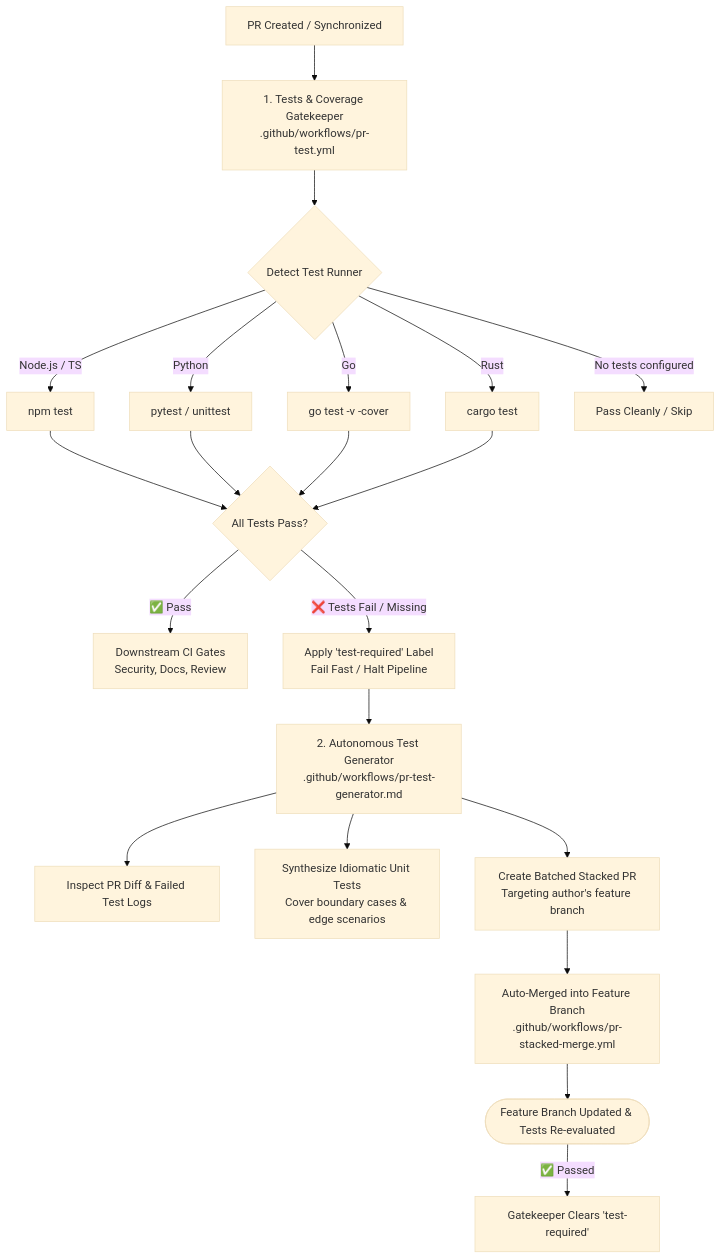
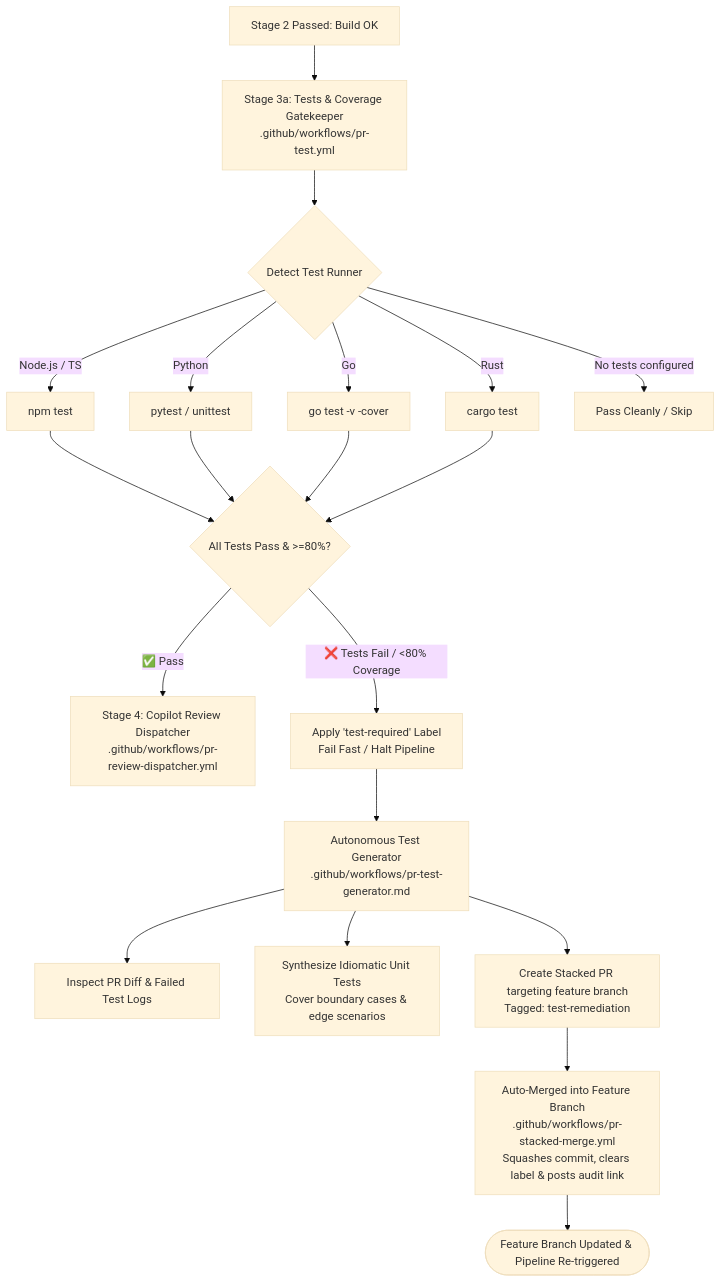
One commit to SitoaderOrg/ForgeFlow changed the diagram in docs/pr-test-and-generator.md. Above: the diagram before and after it, drawn with Mermaid (base theme). The commit also changed 9 other files, not shown here.

First line of the commit message:
docs: align architecture overviews and mermaid diagrams with staged orchestrator pipeline

````diff
--- a/docs/pr-test-and-generator.md
+++ b/docs/pr-test-and-generator.md
@@ -9,28 +9,27 @@
 ```mermaid
 flowchart TD
-    PR[PR Created / Synchronized] --> TestGate[1. Tests & Coverage Gatekeeper\n.github/workflows/pr-test.yml]
+    BuildPass[Stage 2 Passed: Build OK] --> TestGate[Stage 3a: Tests & Coverage Gatekeeper\n.github/workflows/pr-test.yml]
     
     TestGate --> PolyglotDetect{Detect Test Runner}
     PolyglotDetect -->|Node.js / TS| RunNpm[npm test]
     PolyglotDetect -->|Python| RunPytest[pytest / unittest]
     PolyglotDetect -->|Go| RunGo[go test -v -cover]
     PolyglotDetect -->|Rust| RunCargo[cargo test]
     PolyglotDetect -->|No tests configured| PassClean[Pass Cleanly / Skip]
 
-    RunNpm --> StatusCheck{All Tests Pass?}
+    RunNpm --> StatusCheck{All Tests Pass & >=80%?}
     RunPytest --> StatusCheck
     RunGo --> StatusCheck
     RunCargo --> StatusCheck
 
-    StatusCheck -->|✅ Pass| NextGate[Downstream CI Gates\nSecurity, Docs, Review]
-    StatusCheck -->|❌ Tests Fail / Missing| AddLabel[Apply 'test-required' Label\nFail Fast / Halt Pipeline]
+    StatusCheck -->|✅ Pass| NextGate[Stage 4: Copilot Review Dispatcher\n.github/workflows/pr-review-dispatcher.yml]
+    StatusCheck -->|❌ Tests Fail / <80% Coverage| AddLabel[Apply 'test-required' Label\nFail Fast / Halt Pipeline]
 
-    AddLabel --> Generator[2. Autonomous Test Generator\n.github/workflows/pr-test-generator.md]
+    AddLabel --> Generator[Autonomous Test Generator\n.github/workflows/pr-test-generator.md]
     Generator --> Inspect[Inspect PR Diff & Failed Test Logs]
     Generator --> Synthesize[Synthesize Idiomatic Unit Tests\nCover boundary cases & edge scenarios]
-    Generator --> StackedPR[Create Batched Stacked PR\nTargeting author's feature branch]
+    Generator --> StackedPR[Create Stacked PR targeting feature branch\nTagged: test-remediation]
 
-    StackedPR --> AutoMerge[Auto-Merged into Feature Branch\n.github/workflows/pr-stacked-merge.yml]
-    AutoMerge --> Recheck([Feature Branch Updated & Tests Re-evaluated])
-    Recheck -->|✅ Passed| ClearLabel[Gatekeeper Clears 'test-required']
+    StackedPR --> AutoMerge[Auto-Merged into Feature Branch\n.github/workflows/pr-stacked-merge.yml\nSquashes commit, clears label & posts audit link]
+    AutoMerge --> Recheck([Feature Branch Updated & Pipeline Re-triggered])
 ```
````
